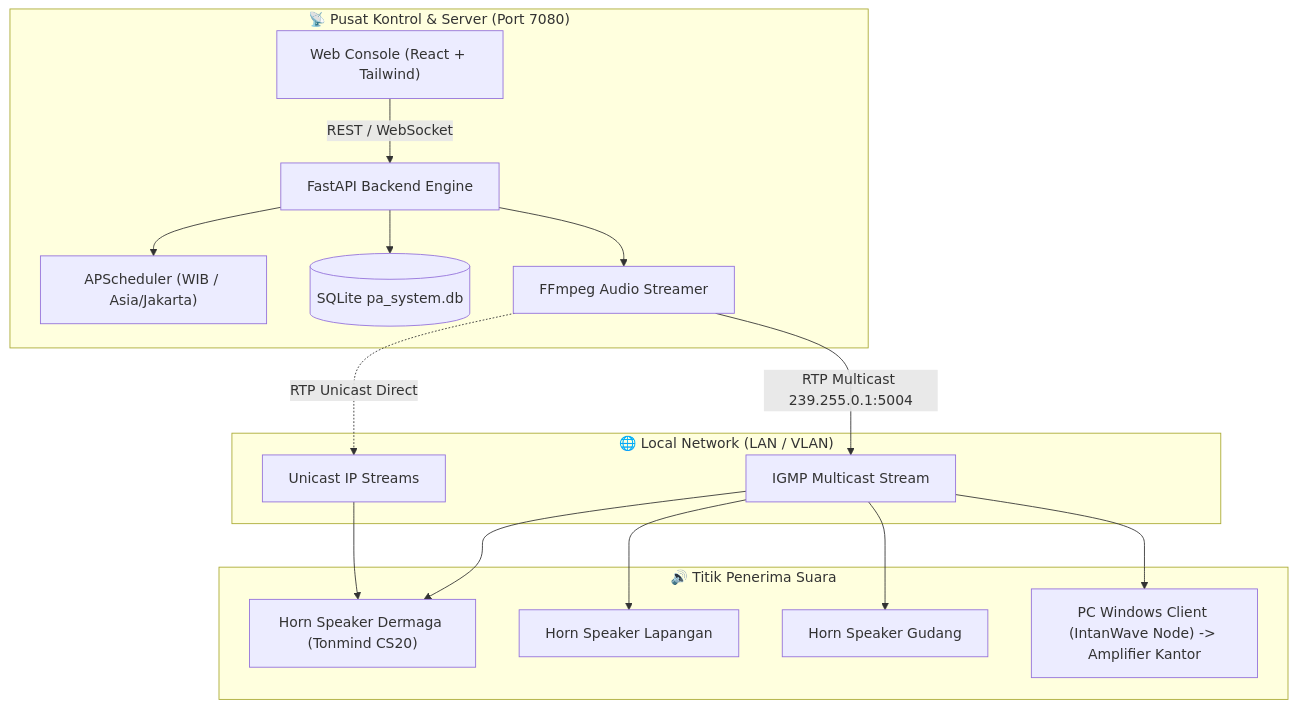
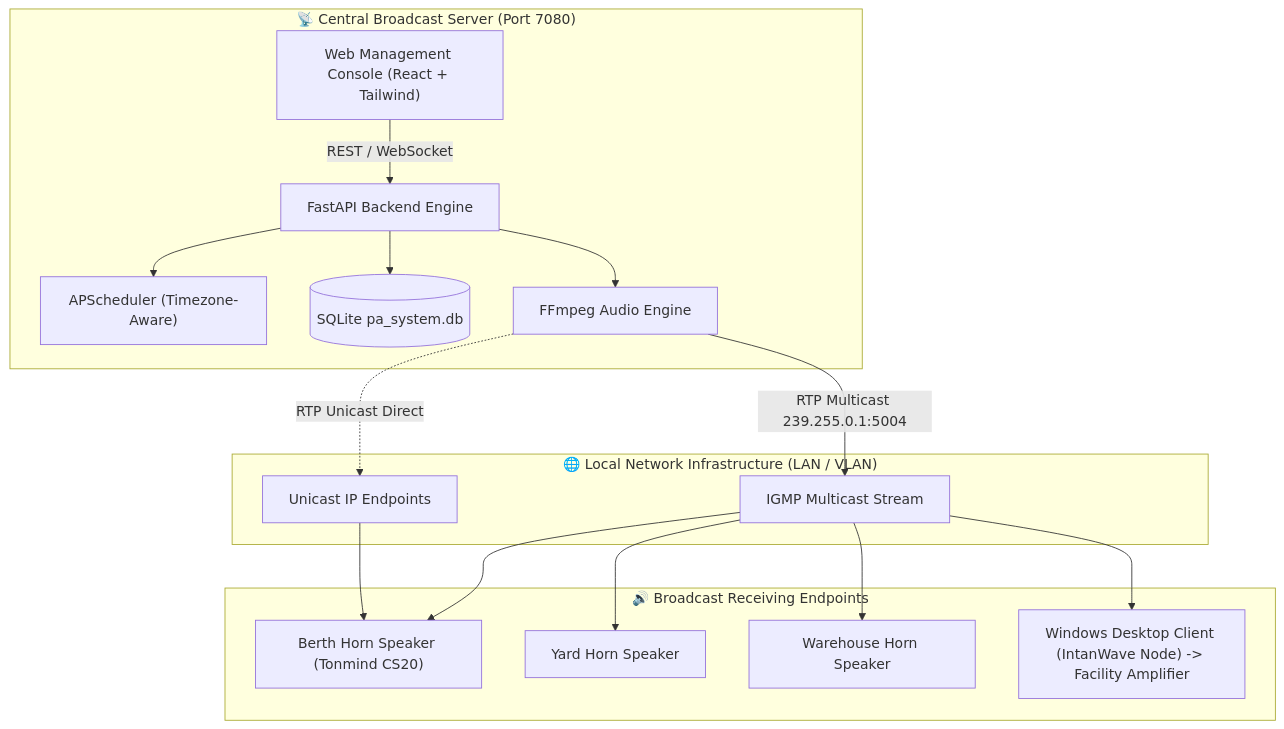
Before and after one commit to pratama1246/IntanWave-RTPAudio: the diagram in README.md, drawn with Mermaid. The commit also changed other lines of this file, not shown here.

````diff
--- a/README.md
+++ b/README.md
@@ -34,22 +34,22 @@
 ```mermaid
 flowchart TD
-    subgraph Control["📡 Pusat Kontrol & Server (Port 7080)"]
-        WebUI["Web Console (React + Tailwind)"] -->|REST / WebSocket| API["FastAPI Backend Engine"]
-        API --> Scheduler["APScheduler (WIB / Asia/Jakarta)"]
+    subgraph Control["📡 Central Broadcast Server (Port 7080)"]
+        WebUI["Web Management Console (React + Tailwind)"] -->|REST / WebSocket| API["FastAPI Backend Engine"]
+        API --> Scheduler["APScheduler (Timezone-Aware)"]
         API --> DB[(SQLite pa_system.db)]
-        API --> Streamer["FFmpeg Audio Streamer"]
+        API --> Streamer["FFmpeg Audio Engine"]
     end
 
-    subgraph Network["🌐 Local Network (LAN / VLAN)"]
+    subgraph Network["🌐 Local Network Infrastructure (LAN / VLAN)"]
         Streamer -->|RTP Multicast 239.255.0.1:5004| MC[IGMP Multicast Stream]
-        Streamer -.->|RTP Unicast Direct| UC[Unicast IP Streams]
+        Streamer -.->|RTP Unicast Direct| UC[Unicast IP Endpoints]
     end
 
-    subgraph Endpoints["🔊 Titik Penerima Suara"]
-        MC --> Spk1["Horn Speaker Dermaga (Tonmind CS20)"]
-        MC --> Spk2["Horn Speaker Lapangan"]
-        MC --> Spk3["Horn Speaker Gudang"]
-        MC --> WinClient["PC Windows Client (IntanWave Node) -> Amplifier Kantor"]
+    subgraph Endpoints["🔊 Broadcast Receiving Endpoints"]
+        MC --> Spk1["Berth Horn Speaker (Tonmind CS20)"]
+        MC --> Spk2["Yard Horn Speaker"]
+        MC --> Spk3["Warehouse Horn Speaker"]
+        MC --> WinClient["Windows Desktop Client (IntanWave Node) -> Facility Amplifier"]
         UC --> Spk1
     end
 ```
````
